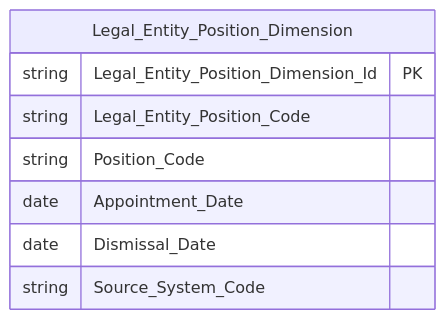
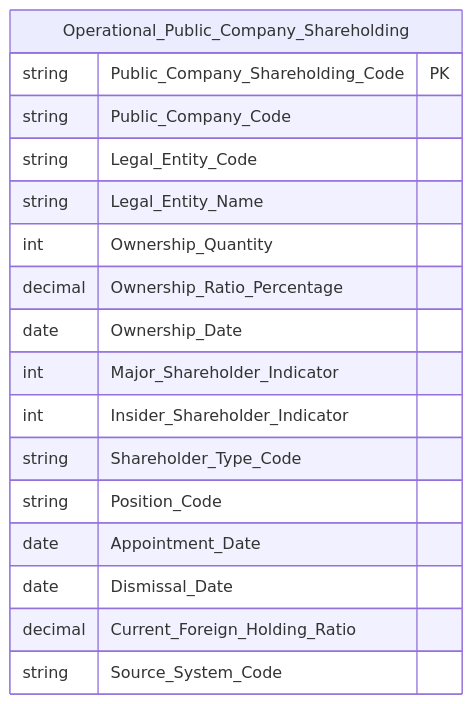
Before and after one commit to linhlvit/ubck_atomic_design: diagram 39 of 45 in Datamart/hld/DTM_GSTT_HLD.md, drawn with Mermaid. The commit also changed other lines of this file and 8 other files, not shown here.

Commit message:
feat(gstt): them opr_public_company_shareholding (nhom 5 co dong), cap nhat HLD/LLD/flat table va dong bo master registry

````diff
--- a/Datamart/hld/DTM_GSTT_HLD.md
+++ b/Datamart/hld/DTM_GSTT_HLD.md
@@ -2123,11 +2128,20 @@
 ```mermaid
 erDiagram
-    Legal_Entity_Position_Dimension {
-        string Legal_Entity_Position_Dimension_Id PK
-        string Legal_Entity_Position_Code
+    Operational_Public_Company_Shareholding {
+        string Public_Company_Shareholding_Code PK
+        string Public_Company_Code
+        string Legal_Entity_Code
+        string Legal_Entity_Name
+        int Ownership_Quantity
+        decimal Ownership_Ratio_Percentage
+        date Ownership_Date
+        int Major_Shareholder_Indicator
+        int Insider_Shareholder_Indicator
+        string Shareholder_Type_Code
         string Position_Code
         date Appointment_Date
         date Dismissal_Date
+        decimal Current_Foreign_Holding_Ratio
         string Source_System_Code
     }
 ```
````
